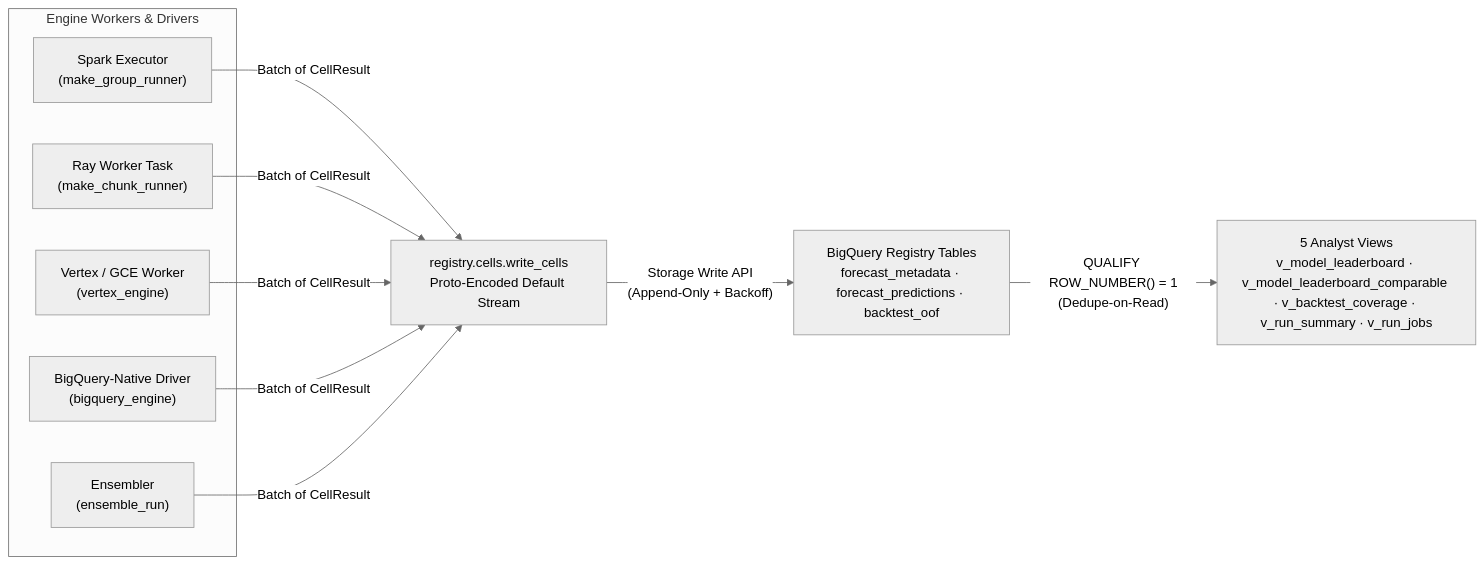
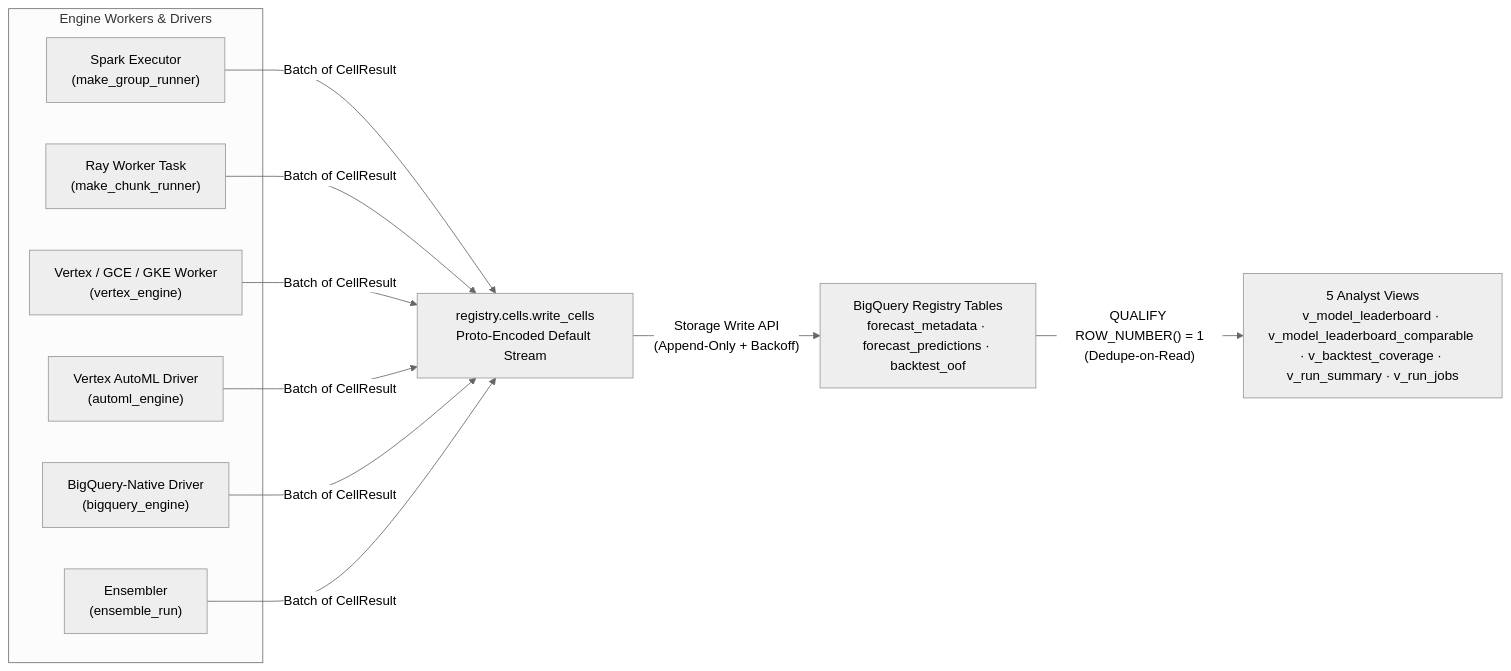
The diagram in docs/writing_results.md (statmike/scale-forecasting), drawn with Mermaid (neutral theme) before and after one commit. The commit also changed other lines of this file and 102 other files, not shown here.

Commit message:
feat(automl,explainability): add Vertex AI AutoML & Tabular Workflows (vertex_l2l, vertex_tide, vertex_tft, vertex_seq2seq), Two-Tier Feature Attributions, and repo-wide docs

````diff
--- a/docs/writing_results.md
+++ b/docs/writing_results.md
@@ -10,13 +10,14 @@
 ```mermaid
 flowchart LR
     subgraph Writers["Engine Workers & Drivers"]
-        W1["Spark Executor\n(make_group_runner)"]
-        W2["Ray Worker Task\n(make_chunk_runner)"]
-        W5["Vertex / GCE Worker\n(vertex_engine)"]
-        W3["BigQuery-Native Driver\n(bigquery_engine)"]
-        W4["Ensembler\n(ensemble_run)"]
+        W1["Spark Executor<br/>(make_group_runner)"]
+        W2["Ray Worker Task<br/>(make_chunk_runner)"]
+        W5["Vertex / GCE / GKE Worker<br/>(vertex_engine)"]
+        W6["Vertex AutoML Driver<br/>(automl_engine)"]
+        W3["BigQuery-Native Driver<br/>(bigquery_engine)"]
+        W4["Ensembler<br/>(ensemble_run)"]
     end
-    W1 & W2 & W5 & W3 & W4 -->|"Batch of CellResult"| Cells["registry.cells.write_cells\nProto-Encoded Default Stream"]
-    Cells -->|"Storage Write API\n(Append-Only + Backoff)"| Tables["BigQuery Registry Tables\nforecast_metadata · forecast_predictions · backtest_oof"]
-    Tables -->|"QUALIFY ROW_NUMBER() = 1\n(Dedupe-on-Read)"| Views["5 Analyst Views\nv_model_leaderboard · v_model_leaderboard_comparable · v_backtest_coverage · v_run_summary · v_run_jobs"]
+    W1 & W2 & W5 & W6 & W3 & W4 -->|"Batch of CellResult"| Cells["registry.cells.write_cells<br/>Proto-Encoded Default Stream"]
+    Cells -->|"Storage Write API<br/>(Append-Only + Backoff)"| Tables["BigQuery Registry Tables<br/>forecast_metadata · forecast_predictions · backtest_oof"]
+    Tables -->|"QUALIFY ROW_NUMBER() = 1<br/>(Dedupe-on-Read)"| Views["5 Analyst Views<br/>v_model_leaderboard · v_model_leaderboard_comparable · v_backtest_coverage · v_run_summary · v_run_jobs"]
 ```
````
